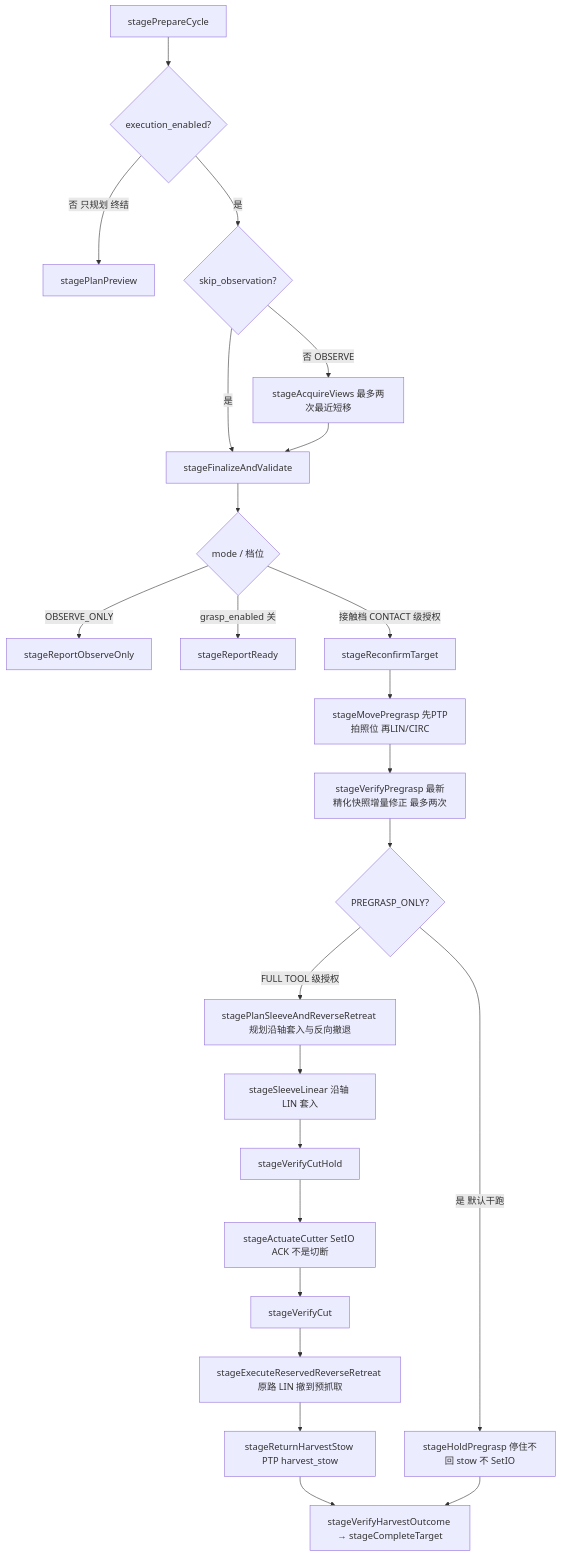
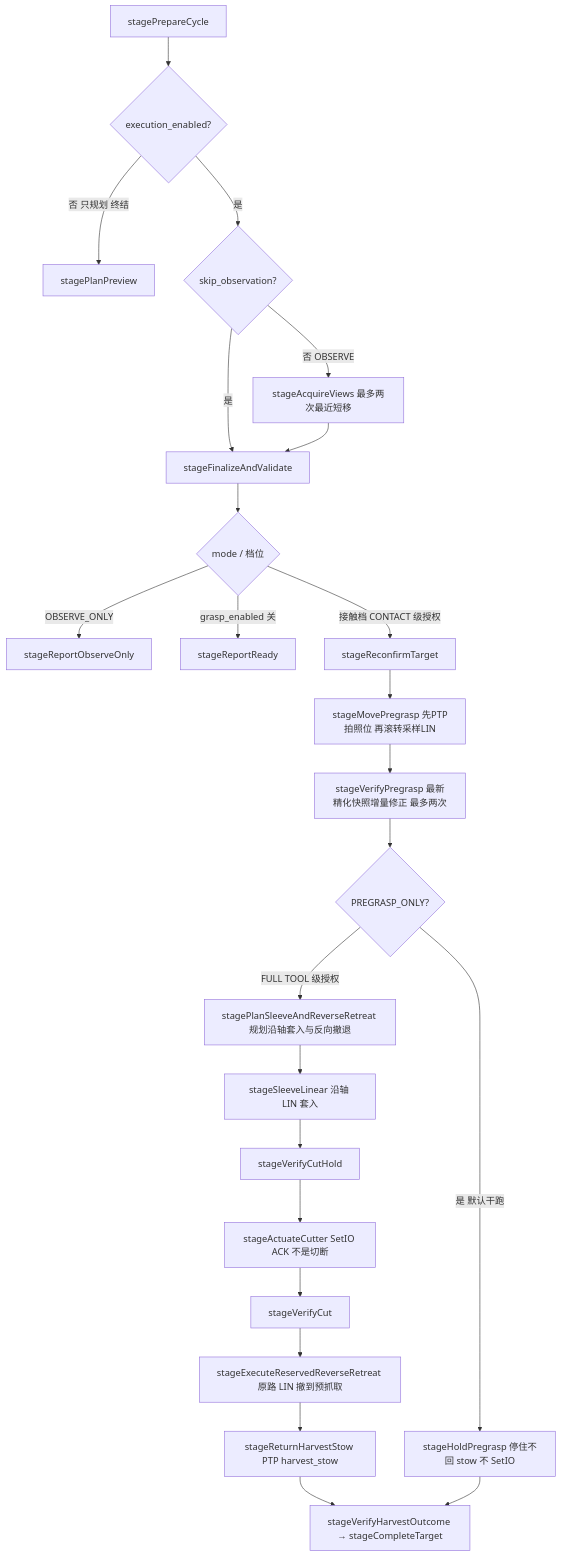
Before and after one commit to MUHAN11-c/aubo_boot: diagram 13 of 15 in docs/architecture.md, drawn with Mermaid. The commit also changed other lines of this file and 423 other files, not shown here.

````diff
--- a/docs/architecture.md
+++ b/docs/architecture.md
@@ -833,27 +834,27 @@
 ```mermaid
 flowchart TD
   Prep[stagePrepareCycle]
   Prep --> planOnly{execution_enabled?}
   planOnly -->|否 只规划 终结| Preview[stagePlanPreview]
   planOnly -->|是| skipObs{skip_observation?}
   skipObs -->|否 OBSERVE| Views[stageAcquireViews 最多两次最近短移]
   skipObs -->|是| Quality[stageFinalizeAndValidate]
   Views --> Quality
   Quality --> mode{mode / 档位}
   mode -->|OBSERVE_ONLY| RepObs[stageReportObserveOnly]
   mode -->|grasp_enabled 关| RepReady[stageReportReady]
   mode -->|接触档 CONTACT 级授权| Rec[stageReconfirmTarget]
-  Rec --> Move[stageMovePregrasp 先PTP拍照位 再LIN/CIRC]
+  Rec --> Move[stageMovePregrasp 先PTP拍照位 再滚转采样LIN]
   Move --> Ver[stageVerifyPregrasp 最新精化快照增量修正 最多两次]
   Ver --> pg{PREGRASP_ONLY?}
   pg -->|是 默认干跑| Hold[stageHoldPregrasp 停住不回 stow 不 SetIO]
   pg -->|FULL TOOL 级授权| Sleeve[stagePlanSleeveAndReverseRetreat 规划沿轴套入与反向撤退]
   Sleeve --> Lin[stageSleeveLinear 沿轴 LIN 套入]
   Lin --> VCH[stageVerifyCutHold]
   VCH --> Cut[stageActuateCutter SetIO ACK 不是切断]
   Cut --> VCut[stageVerifyCut]
   VCut --> Ret[stageExecuteReservedReverseRetreat 原路 LIN 撤到预抓取]
   Ret --> Stow[stageReturnHarvestStow PTP harvest_stow]
   Stow --> Done[stageVerifyHarvestOutcome → stageCompleteTarget]
   Hold --> Done
 ```
````
